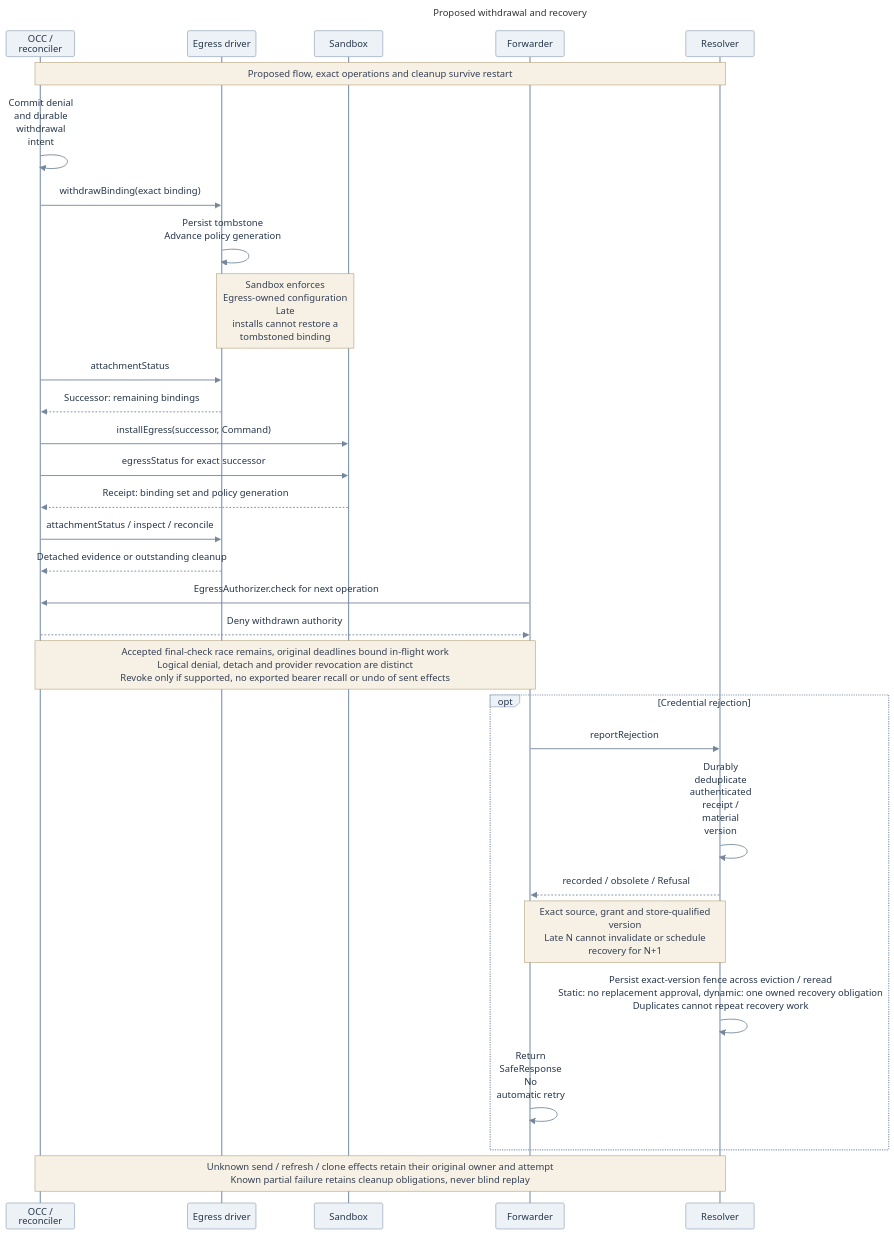
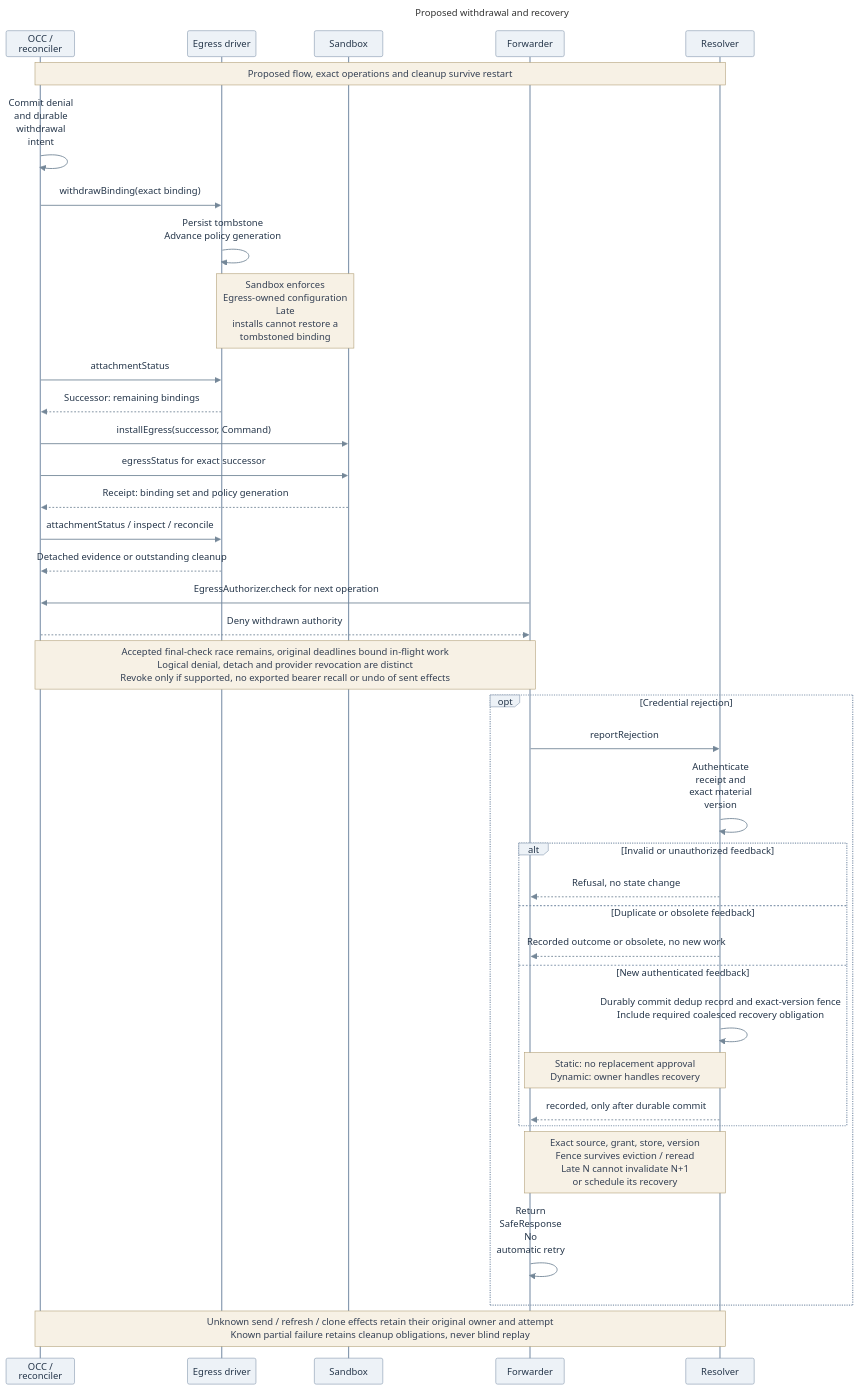
The diagram in specs/rfcs/0020-egress-proxy-credential-lifecycle/assets/revocation-recovery.mmd (anmol0b/openclaw-enterprise), drawn with Mermaid before and after one commit. The commit also changed 7 other files, not shown here.

```diff
--- a/specs/rfcs/0020-egress-proxy-credential-lifecycle/assets/revocation-recovery.mmd
+++ b/specs/rfcs/0020-egress-proxy-credential-lifecycle/assets/revocation-recovery.mmd
@@ -1,58 +1,65 @@
 ---
 title: "Proposed withdrawal and recovery"
 config:
   theme: base
   htmlLabels: true
   themeVariables:
     fontFamily: "Arial, sans-serif"
     fontSize: "16px"
     actorBkg: "#EDF2F7"
     actorBorder: "#879AB0"
     actorTextColor: "#25364A"
     noteBkgColor: "#F7F1E5"
     noteBorderColor: "#B3A078"
     noteTextColor: "#344054"
     signalColor: "#748798"
     signalTextColor: "#25364A"
   sequence:
     useMaxWidth: false
     actorMargin: 18
     width: 116
     height: 44
     diagramMarginX: 12
     diagramMarginY: 12
     messageMargin: 16
     noteMargin: 8
     mirrorActors: true
     wrap: true
 ---
 sequenceDiagram
   participant C as OCC / reconciler
   participant E as Egress driver
   participant B as Sandbox
   participant F as Forwarder
   participant R as Resolver
   Note over C,R: Proposed flow, exact operations and cleanup survive restart
   C->>C: Commit denial and durable withdrawal intent
   C->>E: withdrawBinding(exact binding)
   E->>E: Persist tombstone<br/>Advance policy generation
   Note over E,B: Sandbox enforces Egress-owned configuration<br/>Late installs cannot restore a tombstoned binding
   C->>E: attachmentStatus
   E-->>C: Successor: remaining bindings
   C->>B: installEgress(successor, Command)
   C->>B: egressStatus for exact successor
   B-->>C: Receipt: binding set and policy generation
   C->>E: attachmentStatus / inspect / reconcile
   E-->>C: Detached evidence or outstanding cleanup
   F->>C: EgressAuthorizer.check for next operation
   C-->>F: Deny withdrawn authority
   Note over C,F: Accepted final-check race remains, original deadlines bound in-flight work<br/>Logical denial, detach and provider revocation are distinct<br/>Revoke only if supported, no exported bearer recall or undo of sent effects
   opt Credential rejection
     F->>R: reportRejection
-    R->>R: Durably deduplicate authenticated receipt / material version
-    R-->>F: recorded / obsolete / Refusal
-    Note over F,R: Exact source, grant and store-qualified version<br/>Late N cannot invalidate or schedule recovery for N+1
-    R->>R: Persist exact-version fence across eviction / reread<br/>Static: no replacement approval, dynamic: one owned recovery obligation<br/>Duplicates cannot repeat recovery work
+    R->>R: Authenticate receipt and exact material version
+    alt Invalid or unauthorized feedback
+      R-->>F: Refusal, no state change
+    else Duplicate or obsolete feedback
+      R-->>F: Recorded outcome or obsolete, no new work
+    else New authenticated feedback
+      R->>R: Durably commit dedup record and exact-version fence<br/>Include required coalesced recovery obligation
+      Note over F,R: Static: no replacement approval<br/>Dynamic: owner handles recovery
+      R-->>F: recorded, only after durable commit
+    end
+    Note over F,R: Exact source, grant, store, version<br/>Fence survives eviction / reread<br/>Late N cannot invalidate N+1<br/>or schedule its recovery
     F->>F: Return SafeResponse<br/>No automatic retry
   end
   Note over C,R: Unknown send / refresh / clone effects retain their original owner and attempt<br/>Known partial failure retains cleanup obligations, never blind replay
```
